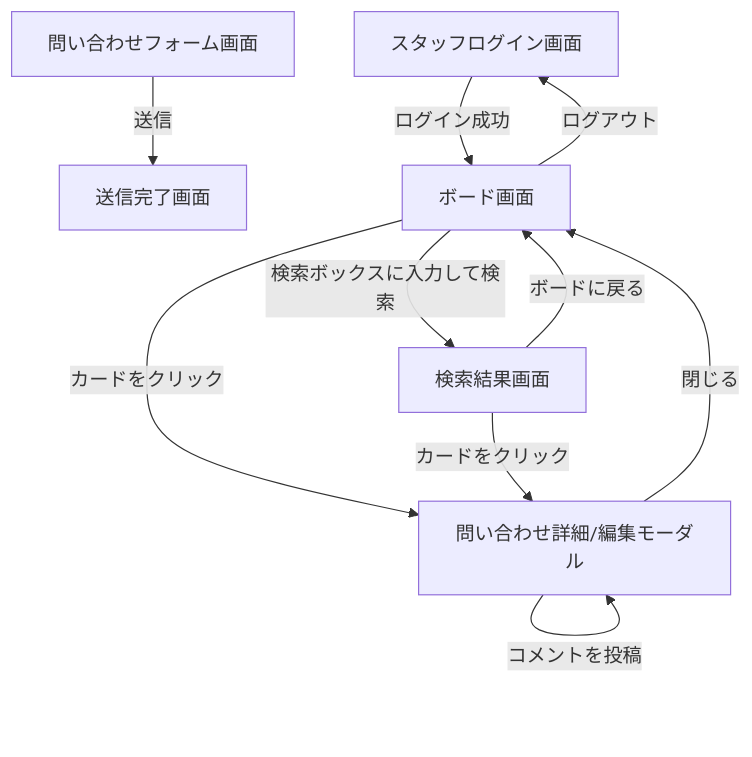
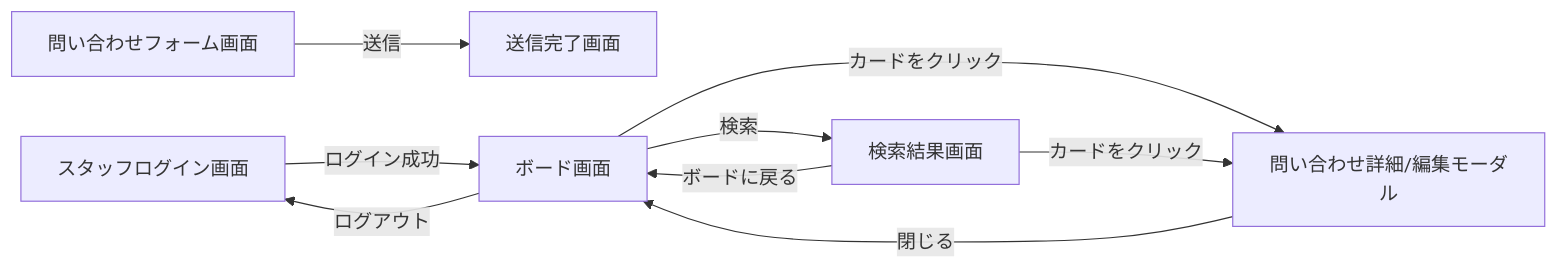
The diagram in docs/screen-design.md (chisato-hira/inquiry-management), drawn with Mermaid before and after one commit. The commit also changed other lines of this file, not shown here.

Commit message:
docs: 画面遷移図の矢印が絡まる問題を解消する
- graph TD(縦方向)からgraph LR(横方向)に変更する
- モーダル内の自己ループ(ステータス変更・コメント投稿)を図から外し、
  テキスト注記に置き換える(自己ループがmermaidの矢印を丸めて描画させる主因だった)

````diff
--- a/docs/screen-design.md
+++ b/docs/screen-design.md
@@ -18,13 +18,11 @@
 ```mermaid
-graph TD
+graph LR
     A[問い合わせフォーム画面] -->|送信| B[送信完了画面]
     C[スタッフログイン画面] -->|ログイン成功| D[ボード画面]
+    D -->|ログアウト| C
     D -->|カードをクリック| E[問い合わせ詳細/編集モーダル]
     E -->|閉じる| D
-    E -->|ステータス/優先度/担当者を変更| E
-    E -->|コメントを投稿| E
-    D -->|検索ボックスに入力して検索| F[検索結果画面]
+    D -->|検索| F[検索結果画面]
+    F -->|ボードに戻る| D
     F -->|カードをクリック| E
-    F -->|ボードに戻る| D
-    D -->|ログアウト| C
 ```
````
